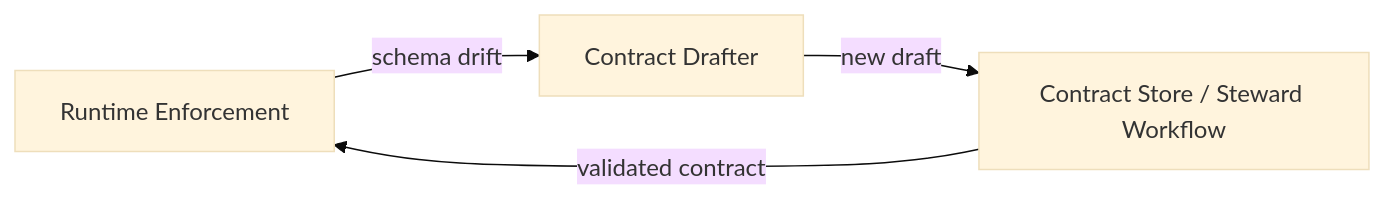
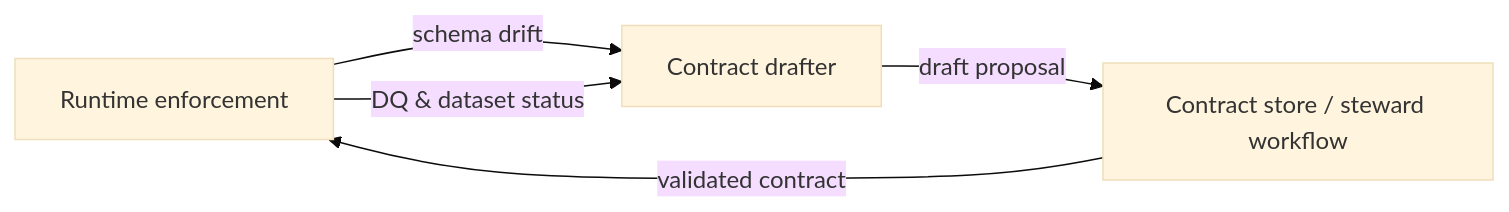
The diagram in docs/component-contract-drafter.md (NextLab-SRL/dc43), drawn with Mermaid (base theme) before and after one commit. The commit also changed other lines of this file and 13 other files, not shown here.

````diff
--- a/docs/component-contract-drafter.md
+++ b/docs/component-contract-drafter.md
@@ -12,6 +21,7 @@
 ```mermaid
 flowchart LR
-    Runtime["Runtime Enforcement"] -->|schema drift| Drafter["Contract Drafter"]
-    Drafter -->|new draft| Governance["Contract Store / Steward Workflow"]
+    Runtime["Runtime enforcement"] -->|schema drift| Drafter["Contract drafter"]
+    Runtime -->|DQ & dataset status| Drafter
+    Drafter -->|draft proposal| Governance["Contract store / steward workflow"]
     Governance -->|validated contract| Runtime
 ```
````
